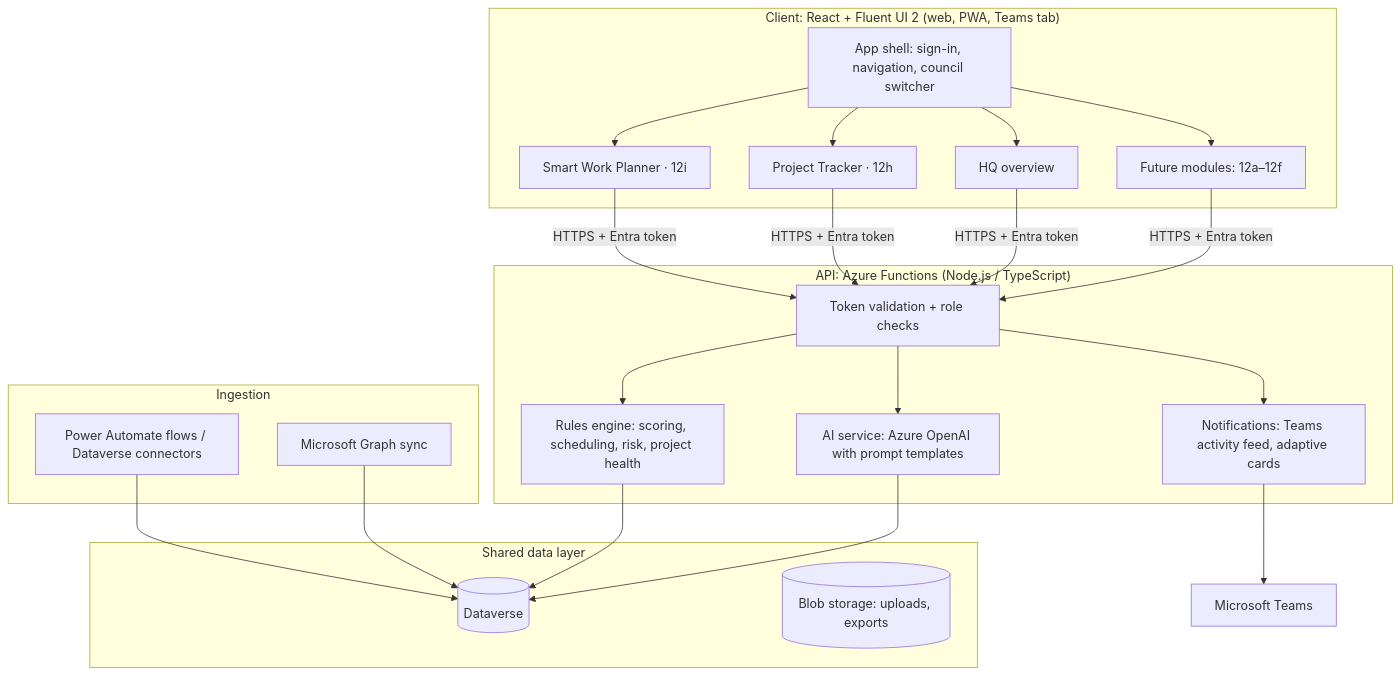
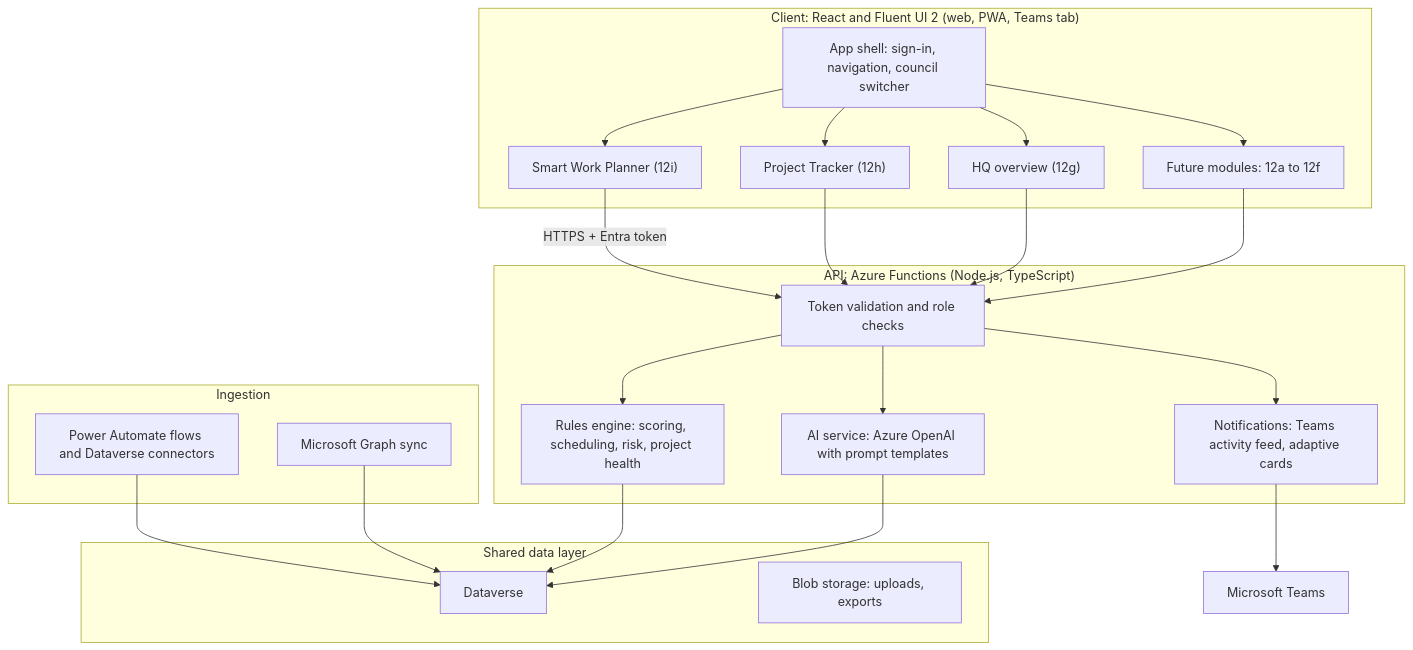
One commit to feliciatanxl/SyncAI changed the second of 5 diagrams in docs/architecture.md. Above: the diagram before and after it, drawn with Mermaid. The commit also changed other lines of this file, not shown here.

Commit message:
docs: simplify architecture diagrams so GitHub renders them
Use quoted labels and one edge per line, and drop emoji, <br/>, & chains and <--> arrows, which GitHub's Mermaid renderer failed on.

````diff
--- a/docs/architecture.md
+++ b/docs/architecture.md
@@ -47,31 +53,41 @@
 ```mermaid
 flowchart TB
-  subgraph Client["Client: React + Fluent UI 2 (web, PWA, Teams tab)"]
-    SHELL[App shell: sign-in, navigation, council switcher]
-    MOD1[Smart Work Planner · 12i]
-    MOD2[Project Tracker · 12h]
-    MOD3[HQ overview]
-    MODN[Future modules: 12a–12f]
+  subgraph Client["Client: React and Fluent UI 2 (web, PWA, Teams tab)"]
+    SHELL["App shell: sign-in, navigation, council switcher"]
+    MOD1["Smart Work Planner (12i)"]
+    MOD2["Project Tracker (12h)"]
+    MOD3["HQ overview (12g)"]
+    MODN["Future modules: 12a to 12f"]
   end
-  subgraph API["API: Azure Functions (Node.js / TypeScript)"]
-    AUTH[Token validation + role checks]
-    RULES[Rules engine: scoring, scheduling, risk, project health]
-    AI[AI service: Azure OpenAI with prompt templates]
-    NOTIFY[Notifications: Teams activity feed, adaptive cards]
+  subgraph API["API: Azure Functions (Node.js, TypeScript)"]
+    AUTH["Token validation and role checks"]
+    RULES["Rules engine: scoring, scheduling, risk, project health"]
+    AIS["AI service: Azure OpenAI with prompt templates"]
+    NOTIFY["Notifications: Teams activity feed, adaptive cards"]
   end
   subgraph Data["Shared data layer"]
-    DV[(Dataverse)]
-    BLOB[(Blob storage: uploads, exports)]
+    DV["Dataverse"]
+    BLOB["Blob storage: uploads, exports"]
   end
   subgraph Ingest["Ingestion"]
-    PA[Power Automate flows / Dataverse connectors]
-    GRAPH[Microsoft Graph sync]
+    PA["Power Automate flows and Dataverse connectors"]
+    GRAPH["Microsoft Graph sync"]
   end
-  SHELL --> MOD1 & MOD2 & MOD3 & MODN
-  MOD1 & MOD2 & MOD3 & MODN -->|HTTPS + Entra token| AUTH
-  AUTH --> RULES & AI & NOTIFY
-  RULES & AI --> DV
+  TEAMS["Microsoft Teams"]
+  SHELL --> MOD1
+  SHELL --> MOD2
+  SHELL --> MOD3
+  SHELL --> MODN
+  MOD1 -->|"HTTPS + Entra token"| AUTH
+  MOD2 --> AUTH
+  MOD3 --> AUTH
+  MODN --> AUTH
+  AUTH --> RULES
+  AUTH --> AIS
+  AUTH --> NOTIFY
+  RULES --> DV
+  AIS --> DV
   PA --> DV
   GRAPH --> DV
-  NOTIFY --> TEAMS[Microsoft Teams]
+  NOTIFY --> TEAMS
 ```
````
